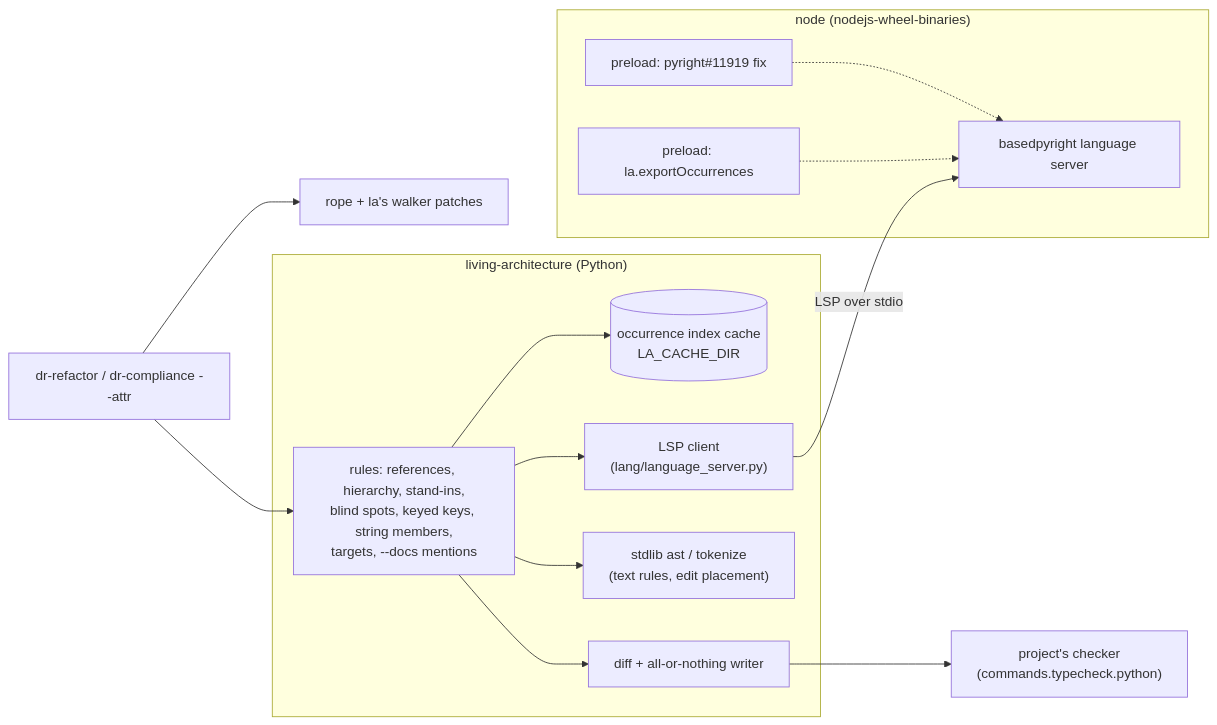
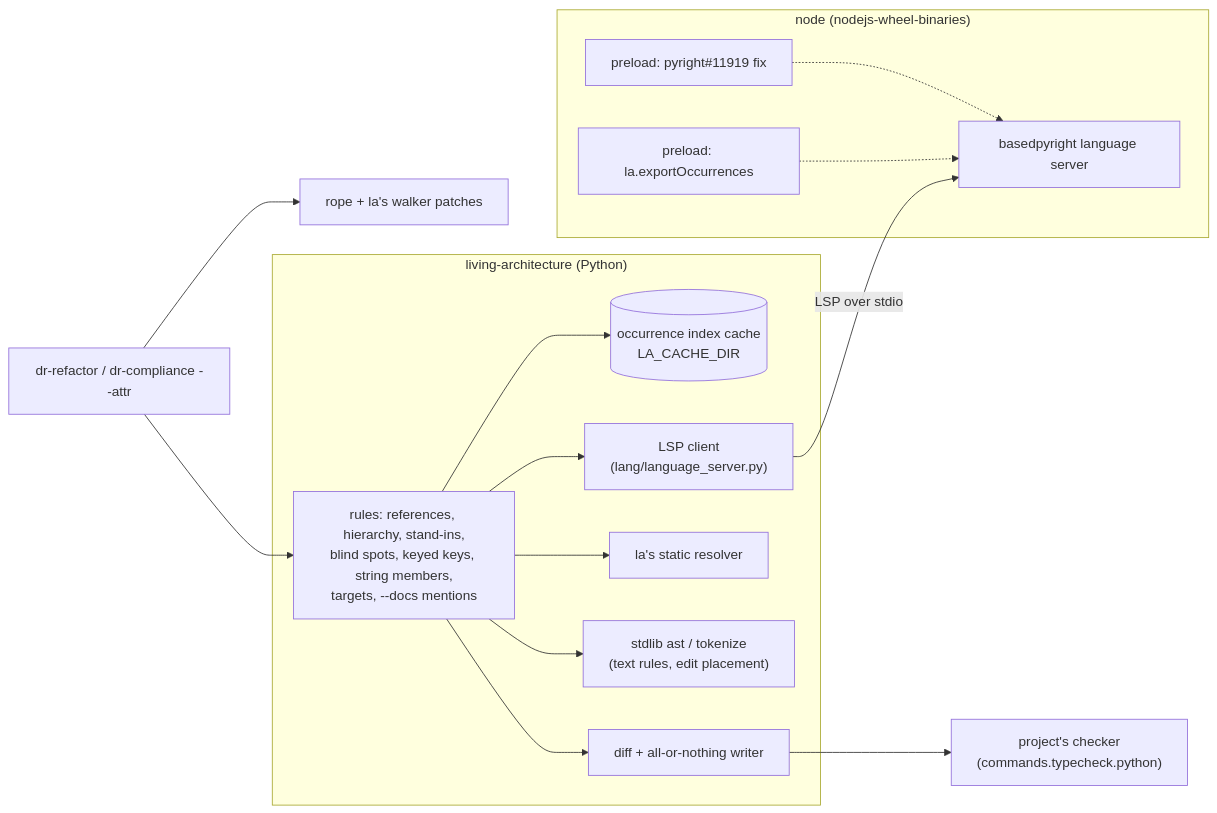
The diagram in docs/refactoring-internals.md (MotleyAI/living-architecture), drawn with Mermaid before and after one commit. The commit also changed other lines of this file and 14 other files, not shown here.

````diff
--- a/docs/refactoring-internals.md
+++ b/docs/refactoring-internals.md
@@ -8,29 +8,31 @@
 ```mermaid
 flowchart LR
   cmd["dr-refactor / dr-compliance --attr"]
   subgraph la["living-architecture (Python)"]
     rules["rules: references, hierarchy, stand-ins,<br/>blind spots, keyed keys, string members,<br/>targets, --docs mentions"]
     client["LSP client<br/>(lang/language_server.py)"]
     cache[("occurrence index cache<br/>LA_CACHE_DIR")]
     stdlib["stdlib ast / tokenize<br/>(text rules, edit placement)"]
     writer["diff + all-or-nothing writer"]
+    static["la's static resolver"]
   end
   rope["rope + la's walker patches"]
   subgraph node["node (nodejs-wheel-binaries)"]
     ls["basedpyright language server"]
     patch["preload: pyright#11919 fix"]
     export["preload: la.exportOccurrences"]
   end
   checker["project's checker<br/>(commands.typecheck.python)"]
 
   cmd --> rope
   cmd --> rules
   rules --> cache
   rules --> client
   client -- "LSP over stdio" --> ls
   patch -.-> ls
   export -.-> ls
+  rules --> static
   rules --> stdlib
   rules --> writer
   writer --> checker
 ```
````
